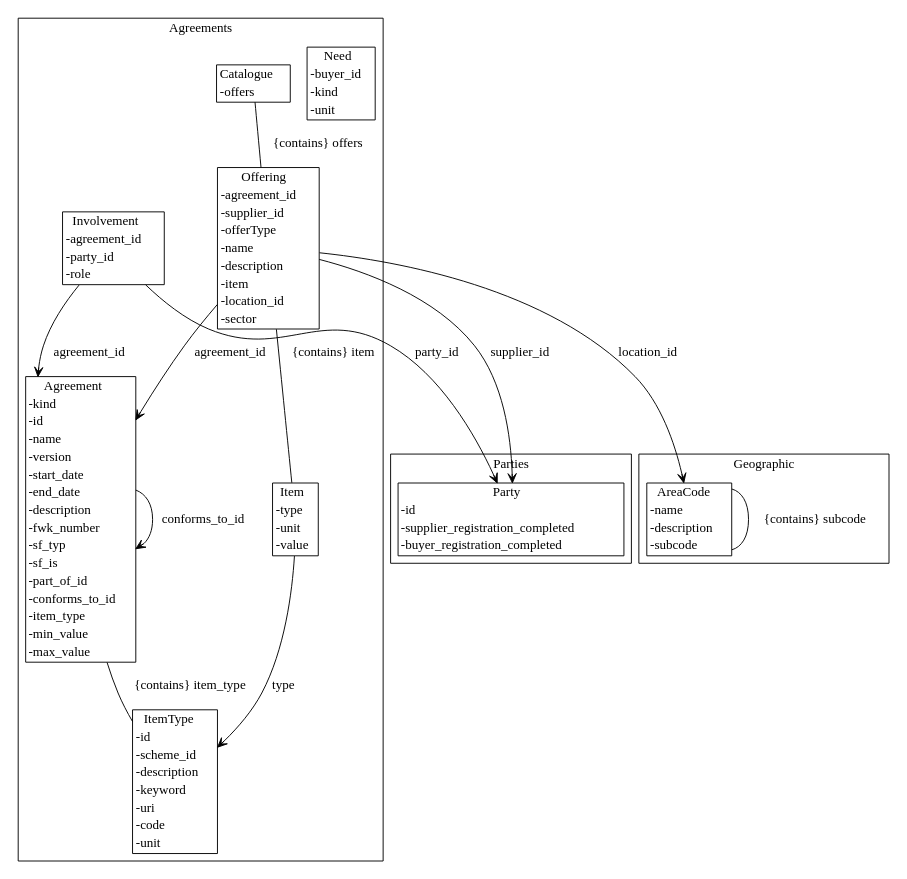
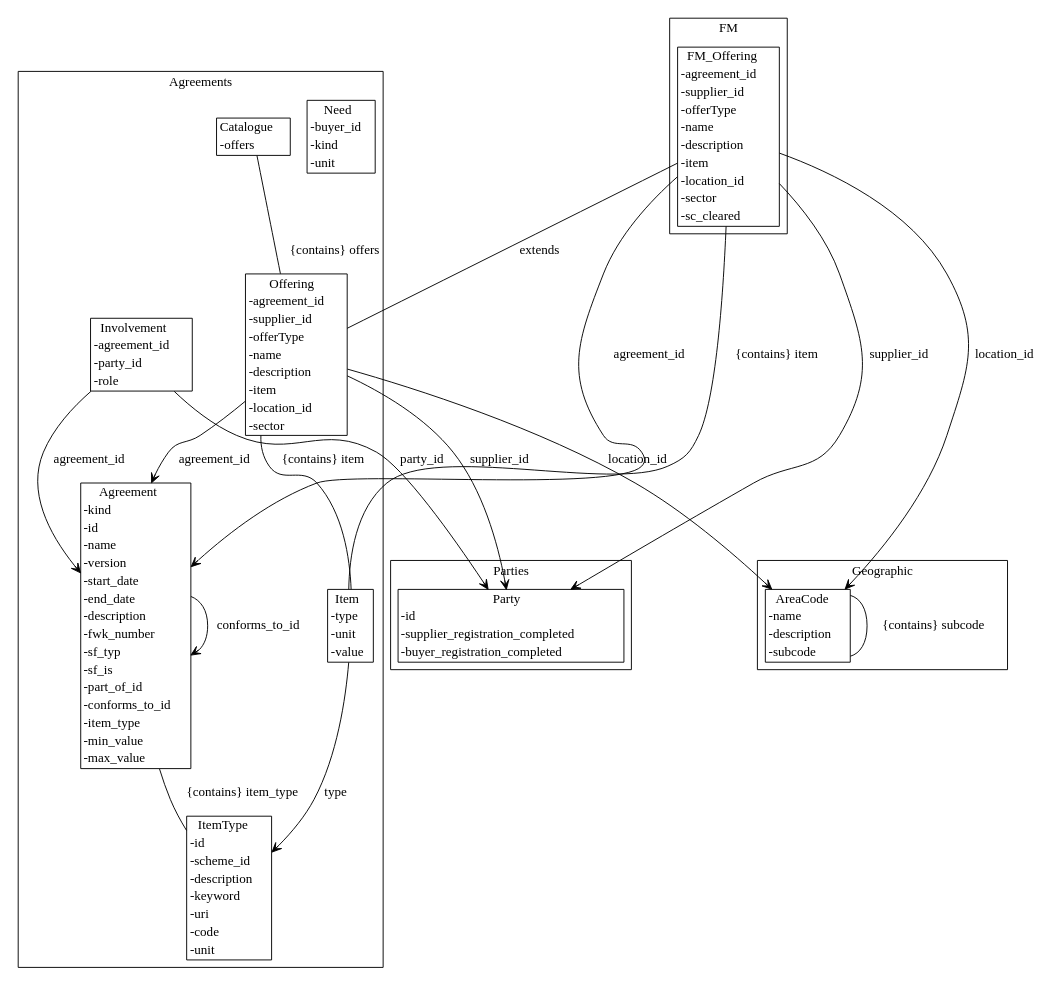
Before and after one commit to Crown-Commercial-Service/cmp-design-prototype: the diagram in agreement-design/gen/diagrams/data_model.dot, drawn with Graphviz. The commit also changed 12 other files, not shown here.

```diff
--- a/agreement-design/gen/diagrams/data_model.dot
+++ b/agreement-design/gen/diagrams/data_model.dot
@@ -1,35 +1,45 @@
 strict digraph {
 subgraph cluster_Agreements {
 node [shape=plaintext margin=0];
 label=Agreements;
 "ItemType" [label=<<table BORDER="1" CELLBORDER="0" CELLSPACING="0"><TH><TD>ItemType</TD></TH><TR><TD ALIGN="LEFT">-id</TD></TR><TR><TD ALIGN="LEFT">-scheme_id</TD></TR><TR><TD ALIGN="LEFT">-description</TD></TR><TR><TD ALIGN="LEFT">-keyword</TD></TR><TR><TD ALIGN="LEFT">-uri</TD></TR><TR><TD ALIGN="LEFT">-code</TD></TR><TR><TD ALIGN="LEFT">-unit</TD></TR></table>>];
 "Need" [label=<<table BORDER="1" CELLBORDER="0" CELLSPACING="0"><TH><TD>Need</TD></TH><TR><TD ALIGN="LEFT">-buyer_id</TD></TR><TR><TD ALIGN="LEFT">-kind</TD></TR><TR><TD ALIGN="LEFT">-unit</TD></TR></table>>];
 "Agreement" [label=<<table BORDER="1" CELLBORDER="0" CELLSPACING="0"><TH><TD>Agreement</TD></TH><TR><TD ALIGN="LEFT">-kind</TD></TR><TR><TD ALIGN="LEFT">-id</TD></TR><TR><TD ALIGN="LEFT">-name</TD></TR><TR><TD ALIGN="LEFT">-version</TD></TR><TR><TD ALIGN="LEFT">-start_date</TD></TR><TR><TD ALIGN="LEFT">-end_date</TD></TR><TR><TD ALIGN="LEFT">-description</TD></TR><TR><TD ALIGN="LEFT">-fwk_number</TD></TR><TR><TD ALIGN="LEFT">-sf_typ</TD></TR><TR><TD ALIGN="LEFT">-sf_is</TD></TR><TR><TD ALIGN="LEFT">-part_of_id</TD></TR><TR><TD ALIGN="LEFT">-conforms_to_id</TD></TR><TR><TD ALIGN="LEFT">-item_type</TD></TR><TR><TD ALIGN="LEFT">-min_value</TD></TR><TR><TD ALIGN="LEFT">-max_value</TD></TR></table>>];
 "Item" [label=<<table BORDER="1" CELLBORDER="0" CELLSPACING="0"><TH><TD>Item</TD></TH><TR><TD ALIGN="LEFT">-type</TD></TR><TR><TD ALIGN="LEFT">-unit</TD></TR><TR><TD ALIGN="LEFT">-value</TD></TR></table>>];
 "Offering" [label=<<table BORDER="1" CELLBORDER="0" CELLSPACING="0"><TH><TD>Offering</TD></TH><TR><TD ALIGN="LEFT">-agreement_id</TD></TR><TR><TD ALIGN="LEFT">-supplier_id</TD></TR><TR><TD ALIGN="LEFT">-offerType</TD></TR><TR><TD ALIGN="LEFT">-name</TD></TR><TR><TD ALIGN="LEFT">-description</TD></TR><TR><TD ALIGN="LEFT">-item</TD></TR><TR><TD ALIGN="LEFT">-location_id</TD></TR><TR><TD ALIGN="LEFT">-sector</TD></TR></table>>];
 "Catalogue" [label=<<table BORDER="1" CELLBORDER="0" CELLSPACING="0"><TH><TD>Catalogue</TD></TH><TR><TD ALIGN="LEFT">-offers</TD></TR></table>>];
 "Involvement" [label=<<table BORDER="1" CELLBORDER="0" CELLSPACING="0"><TH><TD>Involvement</TD></TH><TR><TD ALIGN="LEFT">-agreement_id</TD></TR><TR><TD ALIGN="LEFT">-party_id</TD></TR><TR><TD ALIGN="LEFT">-role</TD></TR></table>>];
 }
 subgraph cluster_Parties {
 node [shape=plaintext margin=0];
 label=Parties;
 "Party" [label=<<table BORDER="1" CELLBORDER="0" CELLSPACING="0"><TH><TD>Party</TD></TH><TR><TD ALIGN="LEFT">-id</TD></TR><TR><TD ALIGN="LEFT">-supplier_registration_completed</TD></TR><TR><TD ALIGN="LEFT">-buyer_registration_completed</TD></TR></table>>];
 }
 subgraph cluster_Geographic {
 node [shape=plaintext margin=0];
 label=Geographic;
 "AreaCode" [label=<<table BORDER="1" CELLBORDER="0" CELLSPACING="0"><TH><TD>AreaCode</TD></TH><TR><TD ALIGN="LEFT">-name</TD></TR><TR><TD ALIGN="LEFT">-description</TD></TR><TR><TD ALIGN="LEFT">-subcode</TD></TR></table>>];
 }
+subgraph cluster_FM {
+node [shape=plaintext margin=0];
+label=FM;
+"FM_Offering" [label=<<table BORDER="1" CELLBORDER="0" CELLSPACING="0"><TH><TD>FM_Offering</TD></TH><TR><TD ALIGN="LEFT">-agreement_id</TD></TR><TR><TD ALIGN="LEFT">-supplier_id</TD></TR><TR><TD ALIGN="LEFT">-offerType</TD></TR><TR><TD ALIGN="LEFT">-name</TD></TR><TR><TD ALIGN="LEFT">-description</TD></TR><TR><TD ALIGN="LEFT">-item</TD></TR><TR><TD ALIGN="LEFT">-location_id</TD></TR><TR><TD ALIGN="LEFT">-sector</TD></TR><TR><TD ALIGN="LEFT">-sc_cleared</TD></TR></table>>];
+}
 "Agreement" -> "Agreement" [label="part_of_id" arrowhead = "open" arrowtail = "none" ];
 "Agreement" -> "Agreement" [label="conforms_to_id" arrowhead = "open" arrowtail = "none" ];
 "Agreement" -> "ItemType" [label="{contains} item_type" arrowhead = "none" arrowtail = "diamond" ];
 "Item" -> "ItemType" [label="type" arrowhead = "open" arrowtail = "none" ];
 "Offering" -> "Agreement" [label="agreement_id" arrowhead = "open" arrowtail = "none" ];
 "Offering" -> "Party" [label="supplier_id" arrowhead = "open" arrowtail = "none" ];
 "Offering" -> "Item" [label="{contains} item" arrowhead = "none" arrowtail = "diamond" ];
 "Offering" -> "AreaCode" [label="location_id" arrowhead = "open" arrowtail = "none" ];
 "Catalogue" -> "Offering" [label="{contains} offers" arrowhead = "none" arrowtail = "diamond" ];
 "Involvement" -> "Agreement" [label="agreement_id" arrowhead = "open" arrowtail = "none" ];
 "Involvement" -> "Party" [label="party_id" arrowhead = "open" arrowtail = "none" ];
 "AreaCode" -> "AreaCode" [label="{contains} subcode" arrowhead = "none" arrowtail = "diamond" ];
+"FM_Offering" -> "Offering" [label="extends" arrowhead = "none" arrowtail = "normal" ];
+"FM_Offering" -> "Agreement" [label="agreement_id" arrowhead = "open" arrowtail = "none" ];
+"FM_Offering" -> "Party" [label="supplier_id" arrowhead = "open" arrowtail = "none" ];
+"FM_Offering" -> "Item" [label="{contains} item" arrowhead = "none" arrowtail = "diamond" ];
+"FM_Offering" -> "AreaCode" [label="location_id" arrowhead = "open" arrowtail = "none" ];
 }
```
